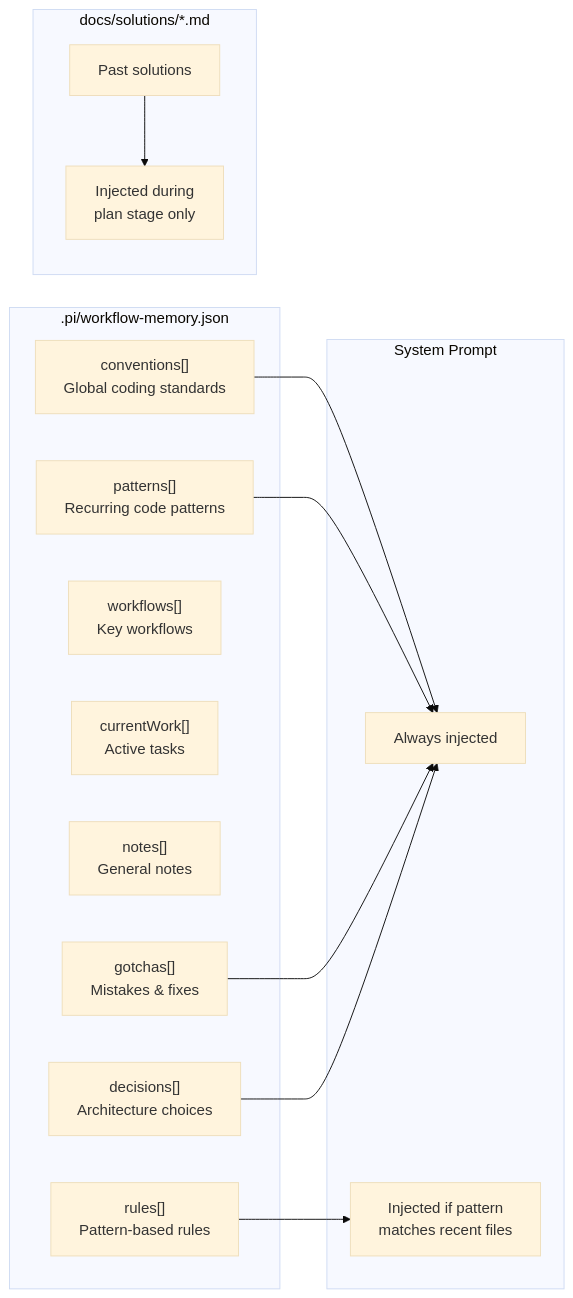
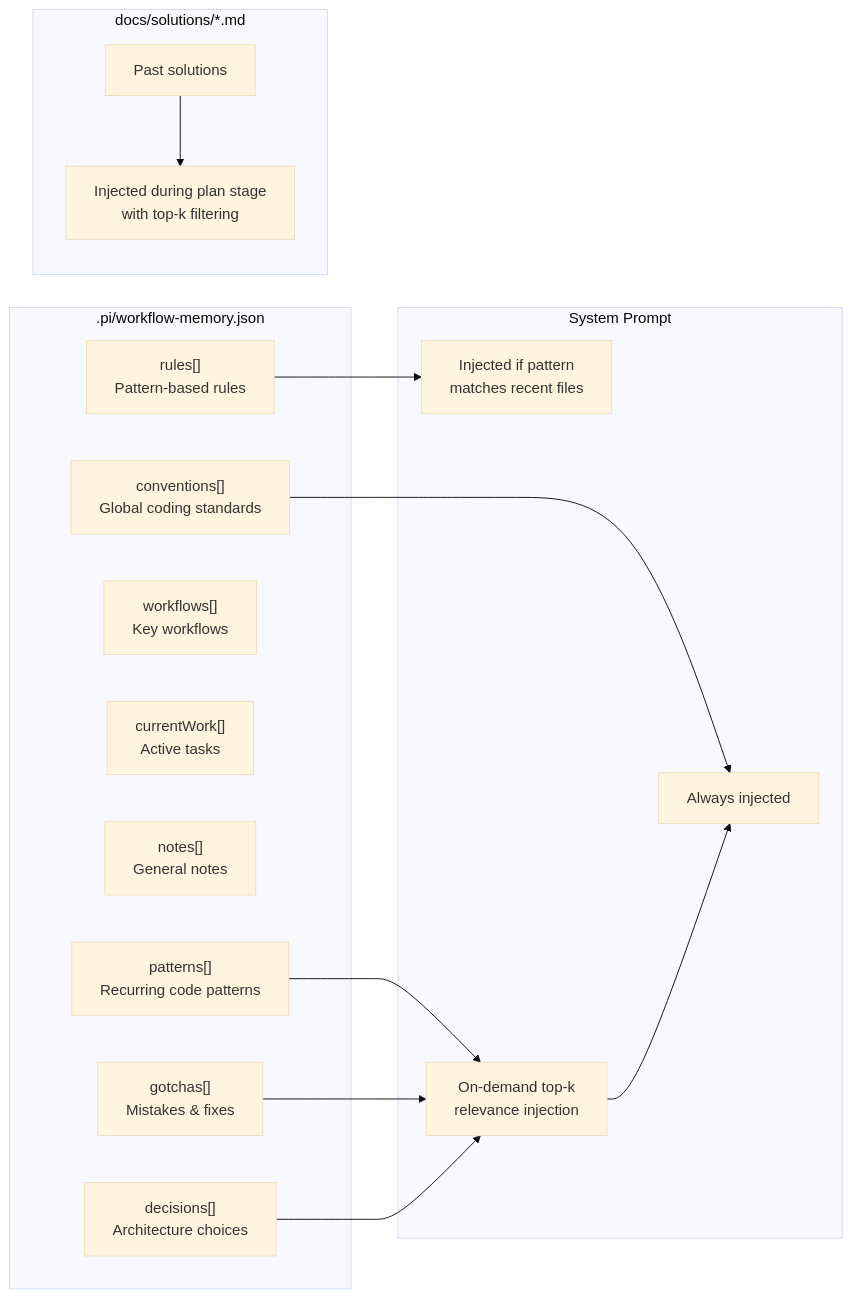
One commit to popododo0720/pi-stuff changed the tenth of 10 diagrams in ARCHITECTURE.md. Above: the diagram before and after it, drawn with Mermaid (base theme). The commit also changed other lines of this file and 7 other files, not shown here.

````diff
--- a/ARCHITECTURE.md
+++ b/ARCHITECTURE.md
@@ -214,25 +260,26 @@
 ```mermaid
 graph LR
     subgraph ProjectMemory[".pi/workflow-memory.json"]
         CONV["conventions[]<br/>Global coding standards"]
         RULES["rules[]<br/>Pattern-based rules"]
         WORK["workflows[]<br/>Key workflows"]
         CUR["currentWork[]<br/>Active tasks"]
         NOTES["notes[]<br/>General notes"]
         PAT["patterns[]<br/>Recurring code patterns"]
         GOT["gotchas[]<br/>Mistakes & fixes"]
         DEC["decisions[]<br/>Architecture choices"]
     end
 
     subgraph Injection["System Prompt"]
         CONV --> PROMPT["Always injected"]
         RULES --> MATCH["Injected if pattern<br/>matches recent files"]
-        PAT --> PROMPT
-        GOT --> PROMPT
-        DEC --> PROMPT
+        PAT --> TOPK["On-demand top-k<br/>relevance injection"]
+        GOT --> TOPK
+        DEC --> TOPK
+        TOPK --> PROMPT
     end
 
     subgraph Solutions["docs/solutions/*.md"]
-        SOL["Past solutions"] --> PLAN_INJ["Injected during<br/>plan stage only"]
+        SOL["Past solutions"] --> PLAN_INJ["Injected during plan stage<br/>with top-k filtering"]
     end
 ```
````
